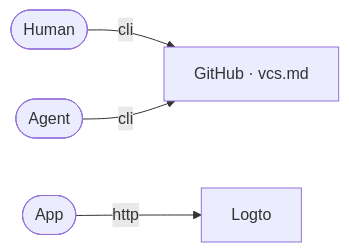
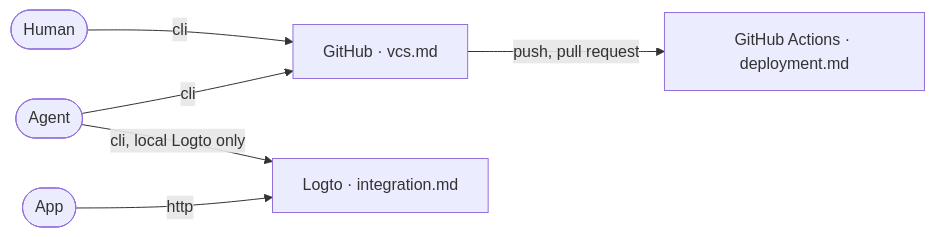
The diagram in aidd_docs/memory/ecosystem.md (Aliud-Corp/logto-operator), drawn with Mermaid before and after one commit. The commit also changed 9 other files, not shown here.

````diff
--- a/aidd_docs/memory/ecosystem.md
+++ b/aidd_docs/memory/ecosystem.md
@@ -3,12 +3,15 @@
 ```mermaid
 flowchart LR
   Human([Human])
   Agent([Agent])
   App([App])
   GitHub["GitHub · vcs.md"]
-  Logto["Logto"]
+  Actions["GitHub Actions · deployment.md"]
+  Logto["Logto · integration.md"]
 
   Human -- cli --> GitHub
   Agent -- cli --> GitHub
   App -- http --> Logto
+  Agent -- "cli, local Logto only" --> Logto
+  GitHub -- "push, pull request" --> Actions
 ```
````
